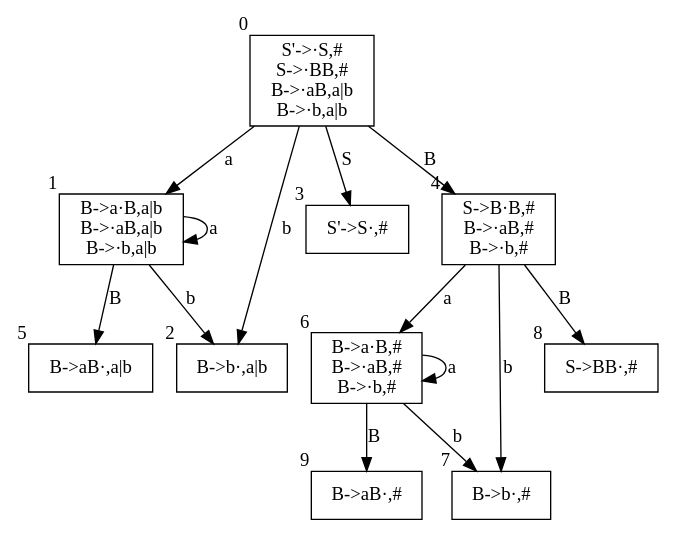
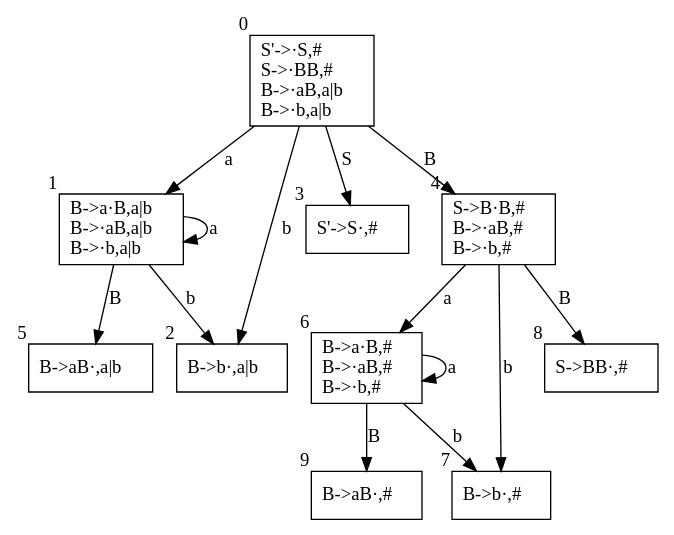
The diagram in 基于 LR(1)项目的 DFA图.gv (wangwangwang23333/Compile-Homework), drawn with Graphviz before and after one commit. The commit also changed 2 other files, not shown here.

```diff
--- a/基于 LR(1)项目的 DFA图.gv
+++ b/基于 LR(1)项目的 DFA图.gv
@@ -1,44 +1,25 @@
 digraph "基于 LR(1)项目的 DFA图" {
-	0 [label="S'->·S,#
-S->·BB,#
-B->·aB,a|b
-B->·b,a|b
-" shape=box xlabel=0]
-	1 [label="B->a·B,a|b
-B->·aB,a|b
-B->·b,a|b
-" shape=box xlabel=1]
-	2 [label="B->b·,a|b
-" shape=box xlabel=2]
-	3 [label="S'->S·,#
-" shape=box xlabel=3]
-	4 [label="S->B·B,#
-B->·aB,#
-B->·b,#
-" shape=box xlabel=4]
-	5 [label="B->aB·,a|b
-" shape=box xlabel=5]
-	6 [label="B->a·B,#
-B->·aB,#
-B->·b,#
-" shape=box xlabel=6]
-	7 [label="B->b·,#
-" shape=box xlabel=7]
-	8 [label="S->BB·,#
-" shape=box xlabel=8]
-	9 [label="B->aB·,#
-" shape=box xlabel=9]
+	0 [label="S'->·S,#\lS->·BB,#\lB->·aB,a|b\lB->·b,a|b\l" shape=box xlabel=0]
+	1 [label="B->a·B,a|b\lB->·aB,a|b\lB->·b,a|b\l" shape=box xlabel=1]
+	2 [label="B->b·,a|b\l" shape=box xlabel=2]
+	3 [label="S'->S·,#\l" shape=box xlabel=3]
+	4 [label="S->B·B,#\lB->·aB,#\lB->·b,#\l" shape=box xlabel=4]
+	5 [label="B->aB·,a|b\l" shape=box xlabel=5]
+	6 [label="B->a·B,#\lB->·aB,#\lB->·b,#\l" shape=box xlabel=6]
+	7 [label="B->b·,#\l" shape=box xlabel=7]
+	8 [label="S->BB·,#\l" shape=box xlabel=8]
+	9 [label="B->aB·,#\l" shape=box xlabel=9]
 	0 -> 1 [label=a]
 	0 -> 2 [label=b]
 	0 -> 3 [label=S]
 	0 -> 4 [label=B]
 	1 -> 1 [label=a]
 	1 -> 2 [label=b]
 	1 -> 5 [label=B]
 	4 -> 6 [label=a]
 	4 -> 7 [label=b]
 	4 -> 8 [label=B]
 	6 -> 6 [label=a]
 	6 -> 7 [label=b]
 	6 -> 9 [label=B]
 }
```
